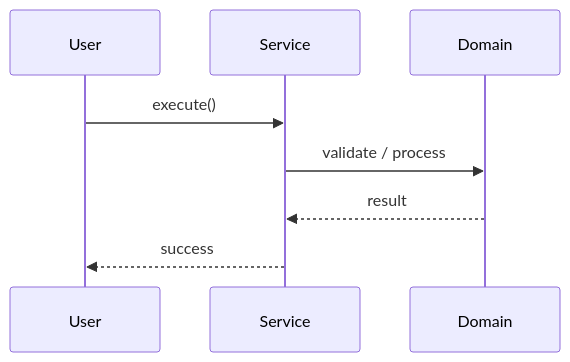
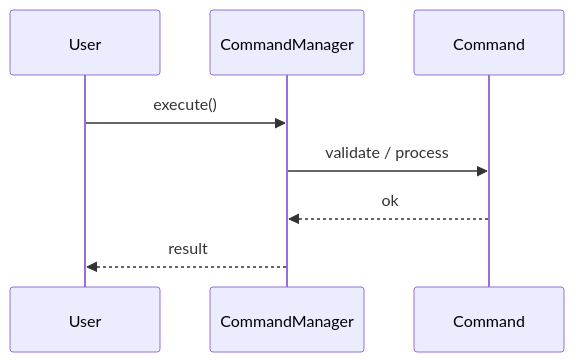
Before and after one commit to madhupaila/Interview-Prep-SSE: the second of 3 diagrams in Learn/System Design - Low Level Design/03-design-patterns/questions/Q14-command-undo-redo.md, drawn with Mermaid. The commit also changed other lines of this file and 491 other files, not shown here.

````diff
--- a/Learn/System Design - Low Level Design/03-design-patterns/questions/Q14-command-undo-redo.md
+++ b/Learn/System Design - Low Level Design/03-design-patterns/questions/Q14-command-undo-redo.md
@@ -121,10 +150,10 @@
 ```mermaid
 sequenceDiagram
-    participant U as User
-    participant S as Service
-    participant D as Domain
-    U->>S: execute()
-    S->>D: validate / process
-    D-->>S: result
-    S-->>U: success
+participant U as User
+participant S as CommandManager
+participant D as Command
+U->>S: execute()
+S->>D: validate / process
+D-->>S: ok
+S-->>U: result
 ```
````
